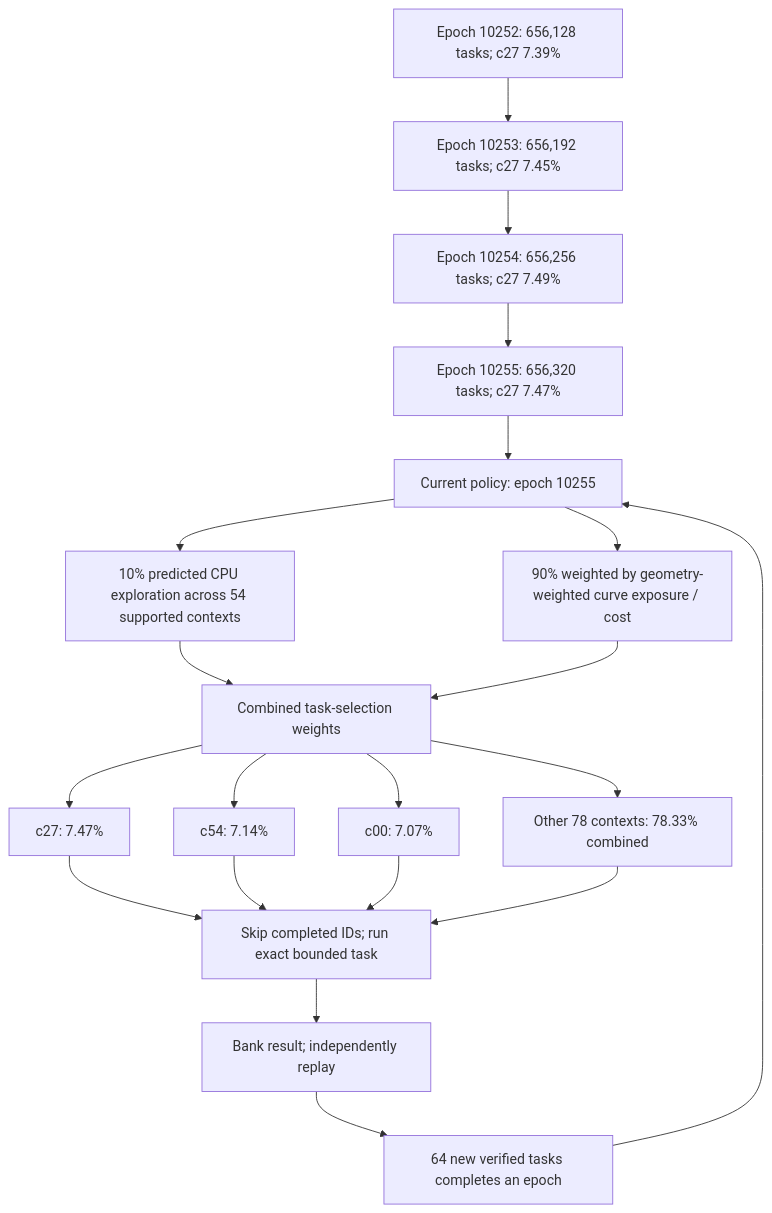
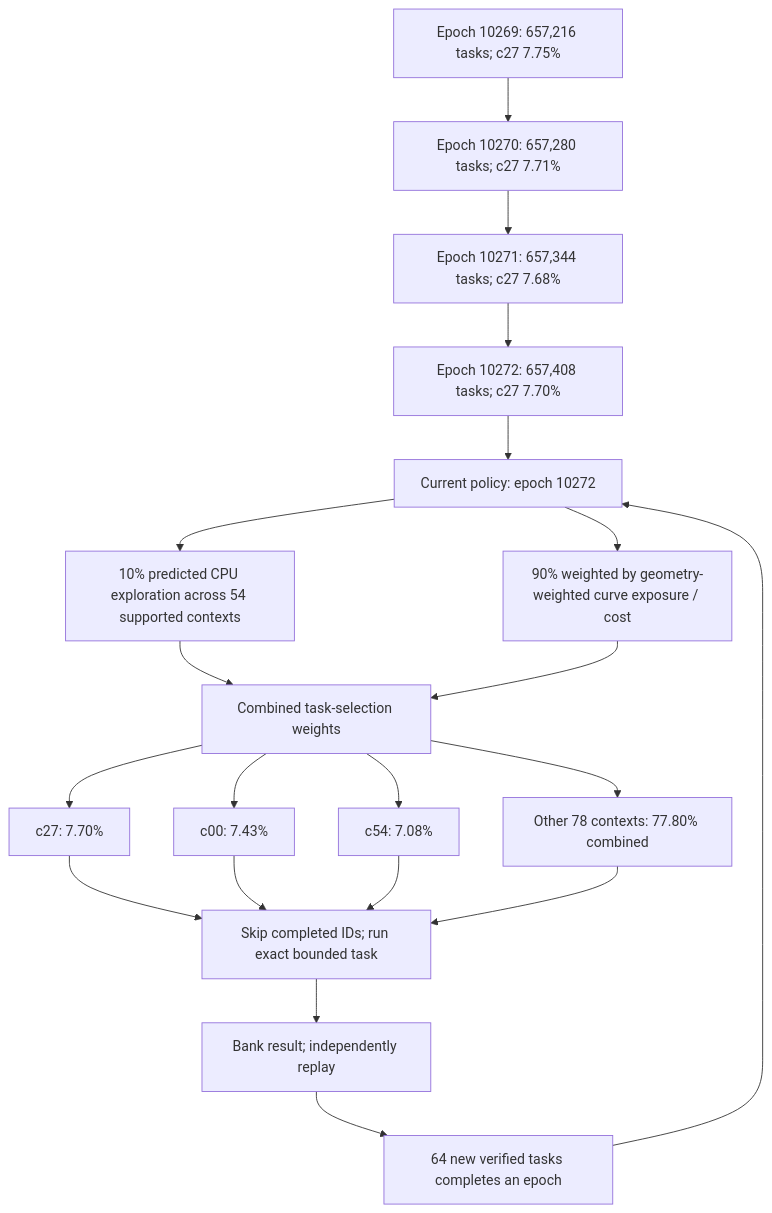
The first of 4 diagrams in README.md (Kuberwastaken/math-gambling), drawn with Mermaid before and after one commit. The commit also changed other lines of this file and 8912 other files, not shown here.

````diff
--- a/README.md
+++ b/README.md
@@ -60,27 +60,27 @@
 ```mermaid
 flowchart TD
-    H0["Epoch 10252: 656,128 tasks; c27 7.39%"]
-    H1["Epoch 10253: 656,192 tasks; c27 7.45%"]
+    H0["Epoch 10269: 657,216 tasks; c27 7.75%"]
+    H1["Epoch 10270: 657,280 tasks; c27 7.71%"]
     H0 --> H1
-    H2["Epoch 10254: 656,256 tasks; c27 7.49%"]
+    H2["Epoch 10271: 657,344 tasks; c27 7.68%"]
     H1 --> H2
-    H3["Epoch 10255: 656,320 tasks; c27 7.47%"]
+    H3["Epoch 10272: 657,408 tasks; c27 7.70%"]
     H2 --> H3
-    Policy["Current policy: epoch 10255"]
+    Policy["Current policy: epoch 10272"]
     H3 --> Policy
     Policy --> Explore["10% predicted CPU exploration across 54 supported contexts"]
     Policy --> Cost["90% weighted by geometry-weighted curve exposure / cost"]
     Explore --> Mix["Combined task-selection weights"]
     Cost --> Mix
-    Mix --> C0["c27: 7.47%"]
-    Mix --> C1["c54: 7.14%"]
-    Mix --> C2["c00: 7.07%"]
-    Mix --> Rest["Other 78 contexts: 78.33% combined"]
+    Mix --> C0["c27: 7.70%"]
+    Mix --> C1["c00: 7.43%"]
+    Mix --> C2["c54: 7.08%"]
+    Mix --> Rest["Other 78 contexts: 77.80% combined"]
     C0 --> Check["Skip completed IDs; run exact bounded task"]
     C1 --> Check
     C2 --> Check
     Rest --> Check
     Check --> Replay["Bank result; independently replay"]
     Replay --> Gate["64 new verified tasks completes an epoch"]
     Gate --> Policy
 ```
````
